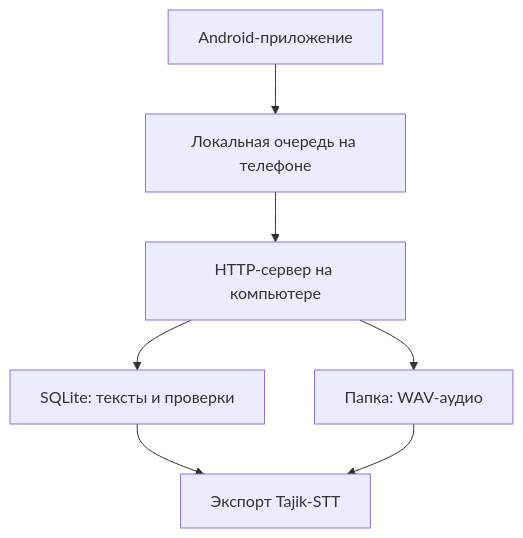
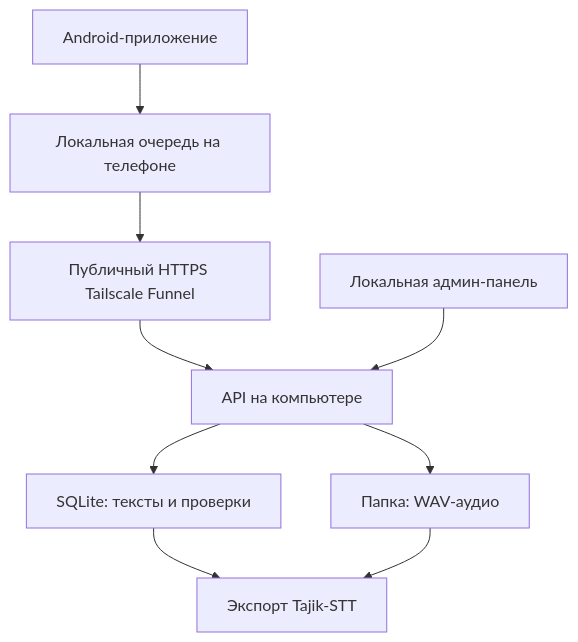
One commit to Zigger06/Tajik-STT-Collector changed the diagram in README.md. Above: the diagram before and after it, drawn with Mermaid. The commit also changed other lines of this file and 13 other files, not shown here.

````diff
--- a/README.md
+++ b/README.md
@@ -19,9 +19,11 @@
 ```mermaid
 flowchart TD
     A["Android-приложение"] --> B["Локальная очередь на телефоне"]
-    B --> C["HTTP-сервер на компьютере"]
-    C --> D["SQLite: тексты и проверки"]
-    C --> E["Папка: WAV-аудио"]
-    D --> F["Экспорт Tajik-STT"]
-    E --> F
+    B --> C["Публичный HTTPS Tailscale Funnel"]
+    C --> D["API на компьютере"]
+    D --> E["SQLite: тексты и проверки"]
+    D --> G["Папка: WAV-аудио"]
+    H["Локальная админ-панель"] --> D
+    E --> F["Экспорт Tajik-STT"]
+    G --> F
 ```
````
